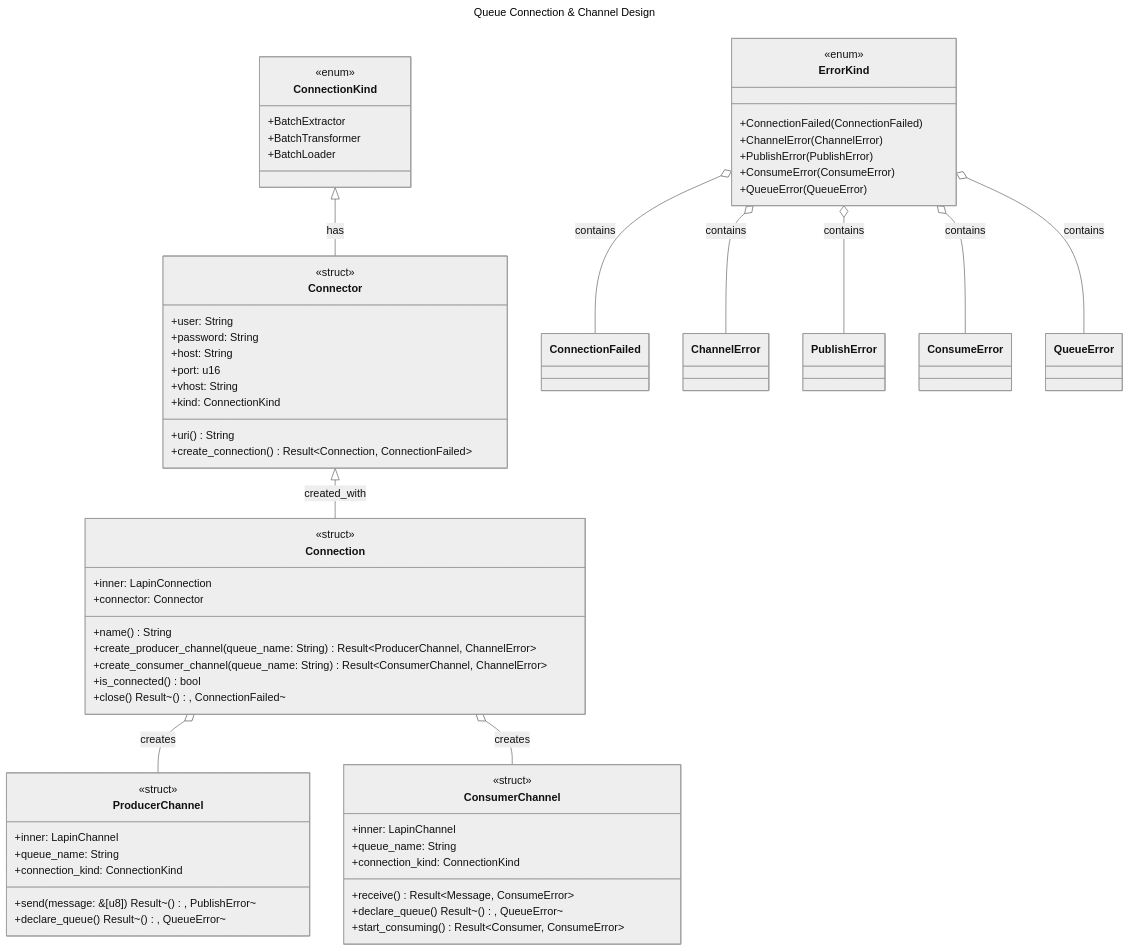
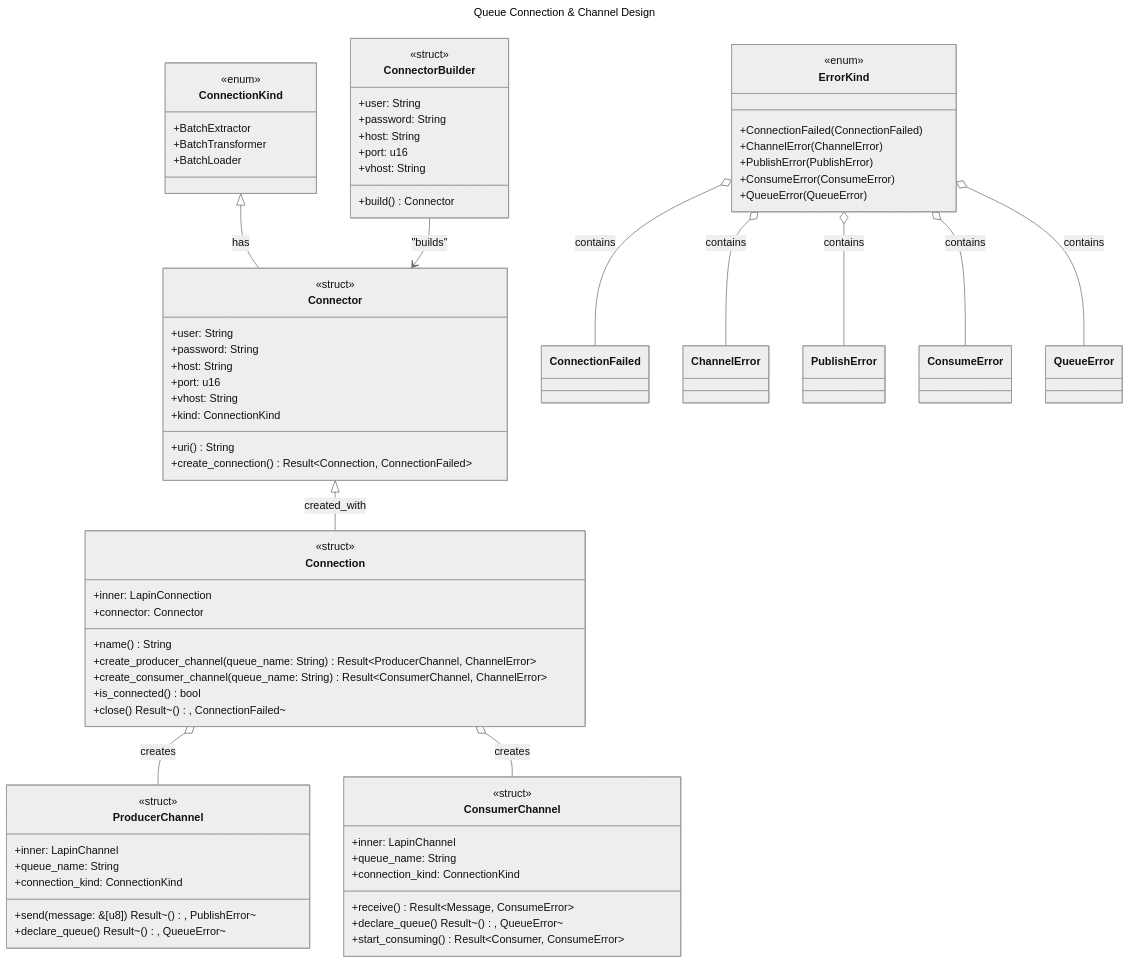
One commit to ironcapitaleu/arkad changed the diagram in utils/design/uml_class_diagram/queue.md. Above: the diagram before and after it, drawn with Mermaid (neutral theme).

Commit message:
design: add `ConnectorBuilder` to the class diagram

```diff
--- a/utils/design/uml_class_diagram/queue.md
+++ b/utils/design/uml_class_diagram/queue.md
@@ -27,6 +27,17 @@
         +kind: ConnectionKind
         +uri() String
         +create_connection() Result~Connection, ConnectionFailed~
+    }
+
+    %% ConnectorBuilder builds Connector
+    class ConnectorBuilder {
+        <<struct>>
+        +user: String
+        +password: String
+        +host: String
+        +port: u16
+        +vhost: String
+        +build() Connector
     }
 
     %% Connection struct holds the lapin connection and connector info
@@ -75,6 +86,7 @@
     %% Relationships
     ConnectionKind <|-- Connector : has
     Connector <|-- Connection : created_with
+    ConnectorBuilder --> Connector : "builds"
     Connection o-- ProducerChannel : creates
     Connection o-- ConsumerChannel : creates
     ErrorKind o-- ConnectionFailed : contains
```
